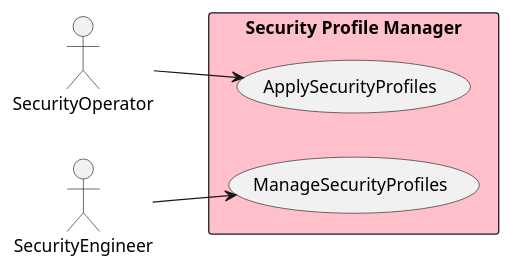
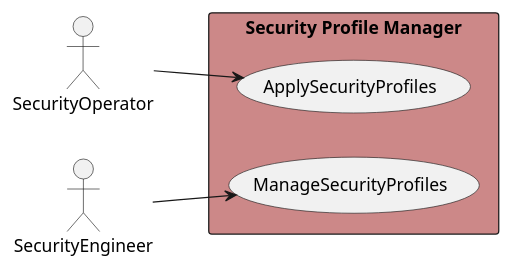
One commit to madajaju/edgemere changed the diagram in docs/edgemere/sa/spm/usecases.puml. Above: the diagram before and after it, drawn with PlantUML. The commit also changed 1749 other files, not shown here.

```diff
--- a/docs/edgemere/sa/spm/usecases.puml
+++ b/docs/edgemere/sa/spm/usecases.puml
@@ -1,16 +1,16 @@
 @startuml
 
 left to right direction
 Actor "SecurityOperator" as SecurityOperator
 Actor "SecurityEngineer" as SecurityEngineer
 
 
-rectangle "Security Profile Manager" #pink {
+rectangle "Security Profile Manager" #cc8888 {
 usecase "ApplySecurityProfiles" as ApplySecurityProfiles
     SecurityOperator --> ApplySecurityProfiles
     usecase "ManageSecurityProfiles" as ManageSecurityProfiles
     SecurityEngineer --> ManageSecurityProfiles
     }
 
 
 @enduml
```
